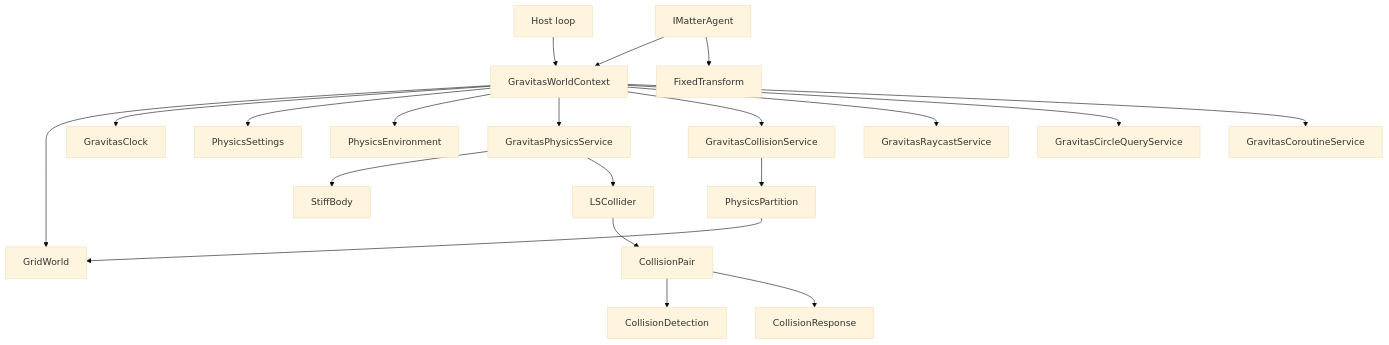
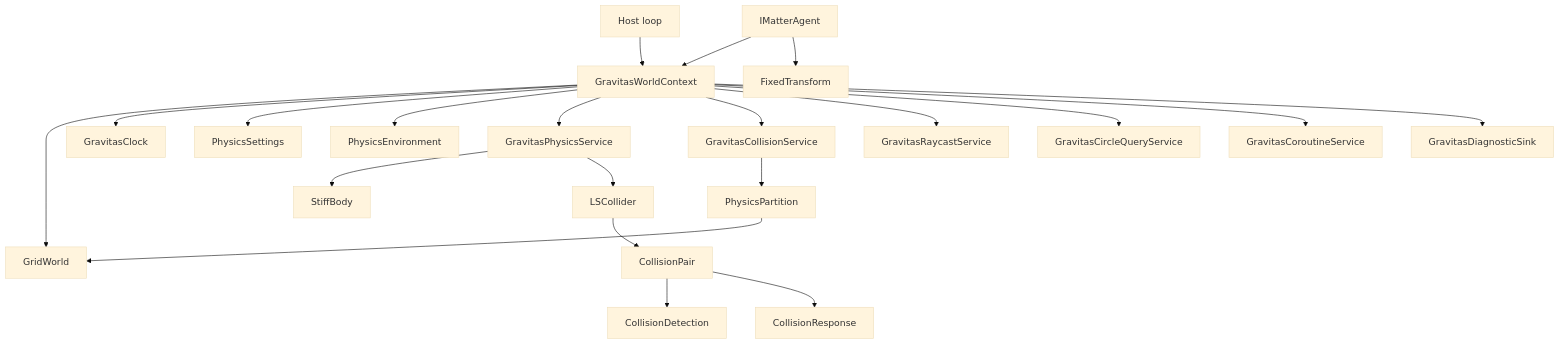
Before and after one commit to mrdav30/Gravitas: the diagram in docs/wiki/OVERVIEW.md, drawn with Mermaid (base theme). The commit also changed other lines of this file and 22 other files, not shown here.

````diff
--- a/docs/wiki/OVERVIEW.md
+++ b/docs/wiki/OVERVIEW.md
@@ -48,22 +51,23 @@
 ```mermaid
 flowchart TD
     Host["Host loop"] --> Context["GravitasWorldContext"]
     Context --> World["GridWorld"]
     Context --> Clock["GravitasClock"]
     Context --> Settings["PhysicsSettings"]
     Context --> Environment["PhysicsEnvironment"]
     Context --> Physics["GravitasPhysicsService"]
     Context --> Collisions["GravitasCollisionService"]
     Context --> Raycasts["GravitasRaycastService"]
     Context --> CircleQueries["GravitasCircleQueryService"]
     Context --> Coroutines["GravitasCoroutineService"]
+    Context --> Diagnostics["GravitasDiagnosticSink"]
     Agent["IMatterAgent"] --> Context
     Agent --> Transform["FixedTransform"]
     Physics --> Body["StiffBody"]
     Physics --> Collider["LSCollider"]
     Collisions --> Partition["PhysicsPartition"]
     Partition --> World
     Collider --> Pair["CollisionPair"]
     Pair --> Detection["CollisionDetection"]
     Pair --> Response["CollisionResponse"]
 ```
````
